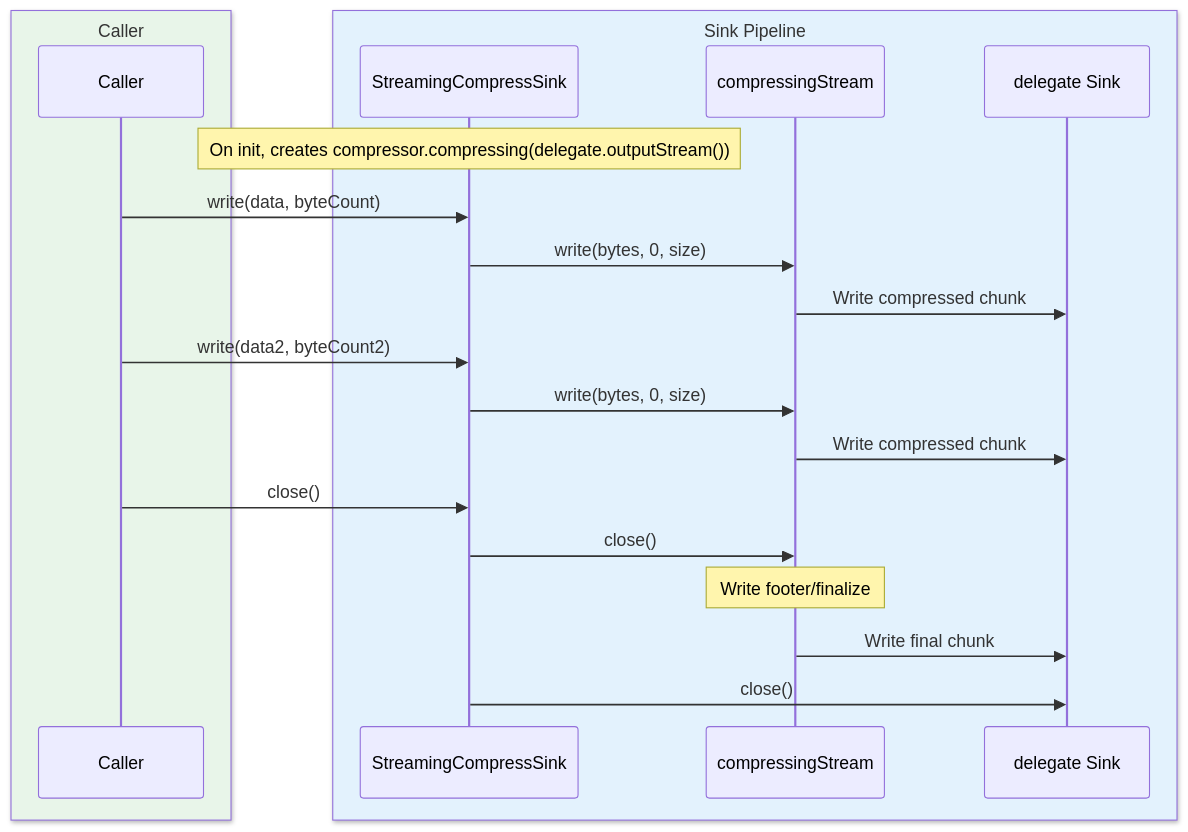
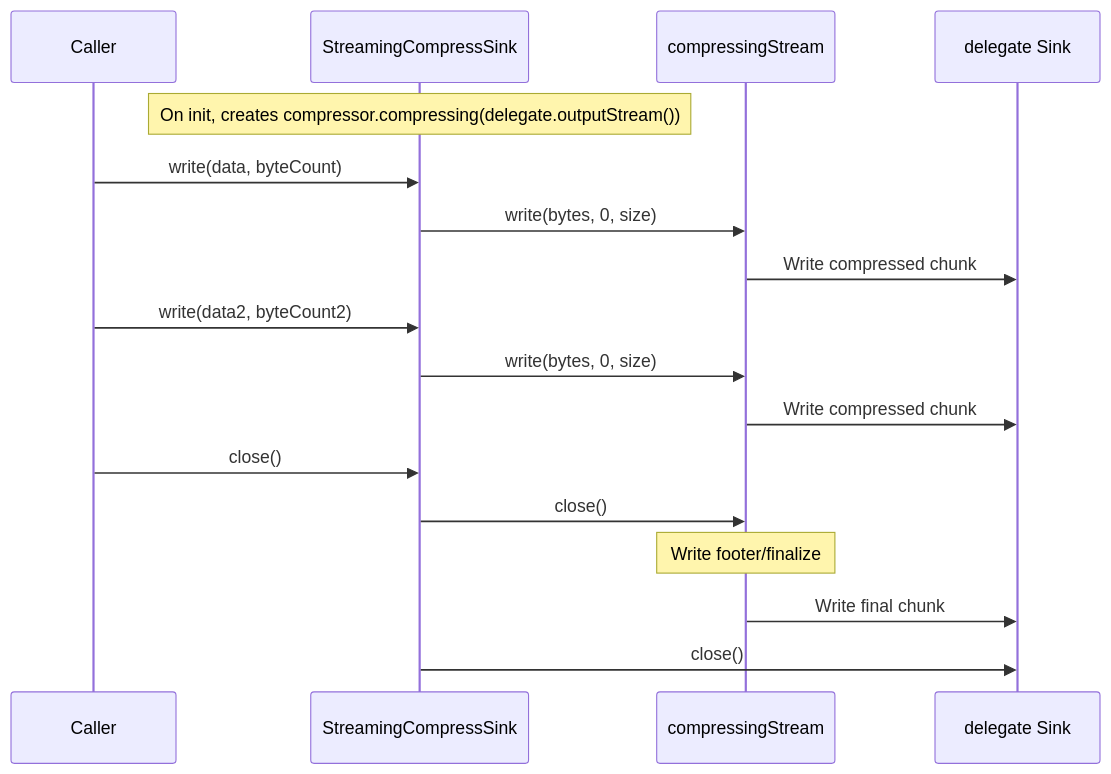
The sixth of 9 diagrams in io/okio/README.md (bluetape4k/bluetape4k-projects), drawn with Mermaid before and after one commit. The commit also changed other lines of this file and 219 other files, not shown here.

First line of the commit message:
docs: 전체 README Mermaid 다이어그램 가이드 적용

````diff
--- a/io/okio/README.md
+++ b/io/okio/README.md
@@ -614,27 +610,23 @@
 ```mermaid
 sequenceDiagram
-    box rgb(232, 245, 233) Caller
         participant C as Caller
-    end
-    box rgb(227, 242, 253) Sink Pipeline
         participant SS as StreamingCompressSink
         participant CS as compressingStream
         participant D as delegate Sink
-    end
 
     Note over SS: On init, creates compressor.compressing(delegate.outputStream())
 
     C->>SS: write(data, byteCount)
     SS->>CS: write(bytes, 0, size)
     CS->>D: Write compressed chunk
 
     C->>SS: write(data2, byteCount2)
     SS->>CS: write(bytes, 0, size)
     CS->>D: Write compressed chunk
 
     C->>SS: close()
     SS->>CS: close()
     Note over CS: Write footer/finalize
     CS->>D: Write final chunk
     SS->>D: close()
 ```
````
